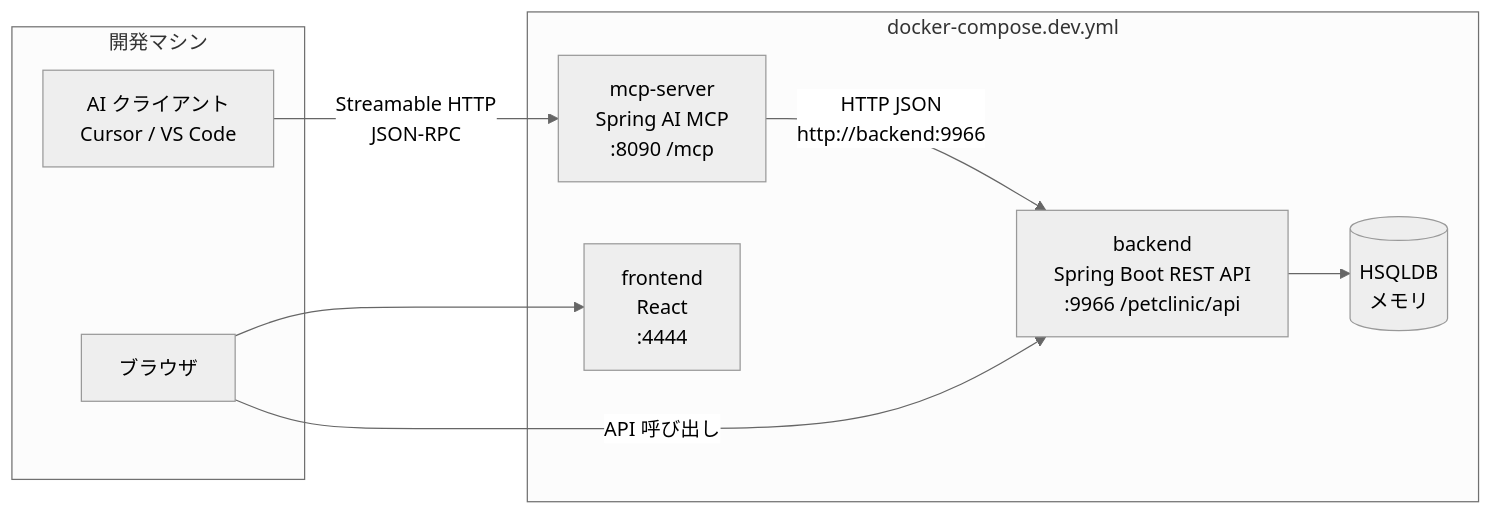
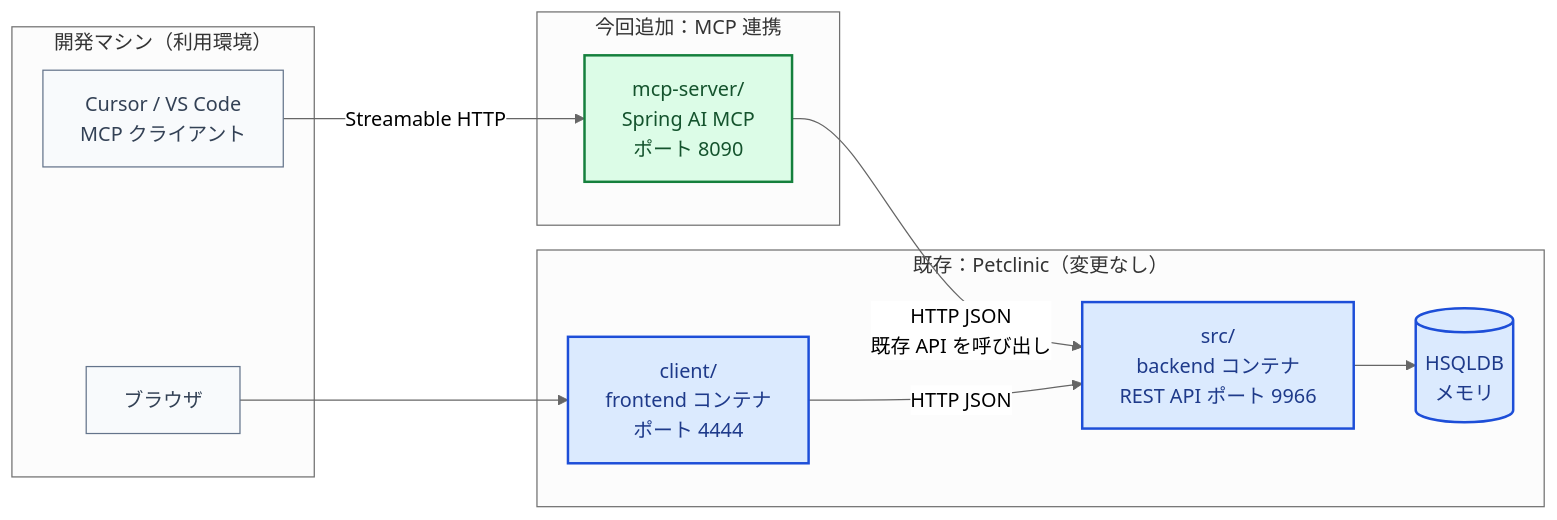
Before and after one commit to nagatani-t01/mcpsample01: the first of 2 diagrams in docs/MCP導入/MCP連携機能設計書.md, drawn with Mermaid (neutral theme). The commit also changed other lines of this file and 33 other files, not shown here.

````diff
--- a/docs/MCP導入/MCP連携機能設計書.md
+++ b/docs/MCP導入/MCP連携機能設計書.md
@@ -28,18 +28,31 @@
 ```mermaid
 flowchart LR
-    subgraph Host[開発マシン]
-        AI[AI クライアント<br/>Cursor / VS Code]
-        Browser[ブラウザ]
+    subgraph host["開発マシン（利用環境）"]
+        AI["Cursor / VS Code<br/>MCP クライアント"]
+        Browser["ブラウザ"]
     end
-    subgraph Compose[docker-compose.dev.yml]
-        MCP[mcp-server<br/>Spring AI MCP<br/>:8090 /mcp]
-        Backend[backend<br/>Spring Boot REST API<br/>:9966 /petclinic/api]
-        Frontend[frontend<br/>React<br/>:4444]
-        DB[(HSQLDB<br/>メモリ)]
+
+    subgraph mcpNew["今回追加：MCP 連携"]
+        MCP["mcp-server/<br/>Spring AI MCP<br/>ポート 8090"]
     end
-    AI -->|Streamable HTTP<br/>JSON-RPC| MCP
-    MCP -->|HTTP JSON<br/>http://backend:9966| Backend
+
+    subgraph existing["既存：Petclinic（変更なし）"]
+        Frontend["client/<br/>frontend コンテナ<br/>ポート 4444"]
+        Backend["src/<br/>backend コンテナ<br/>REST API ポート 9966"]
+        DB[("HSQLDB<br/>メモリ")]
+    end
+
+    AI -->|"Streamable HTTP"| MCP
+    MCP -->|"HTTP JSON<br/>既存 API を呼び出し"| Backend
     Browser --> Frontend
-    Browser -->|API 呼び出し| Backend
+    Frontend -->|"HTTP JSON"| Backend
     Backend --> DB
+
+    classDef mcpNew fill:#dcfce7,stroke:#15803d,stroke-width:2px,color:#14532d
+    classDef existing fill:#dbeafe,stroke:#1d4ed8,stroke-width:2px,color:#1e3a8a
+    classDef hostNode fill:#f8fafc,stroke:#64748b,color:#334155
+
+    class MCP mcpNew
+    class Frontend,Backend,DB existing
+    class AI,Browser hostNode
 ```
````
